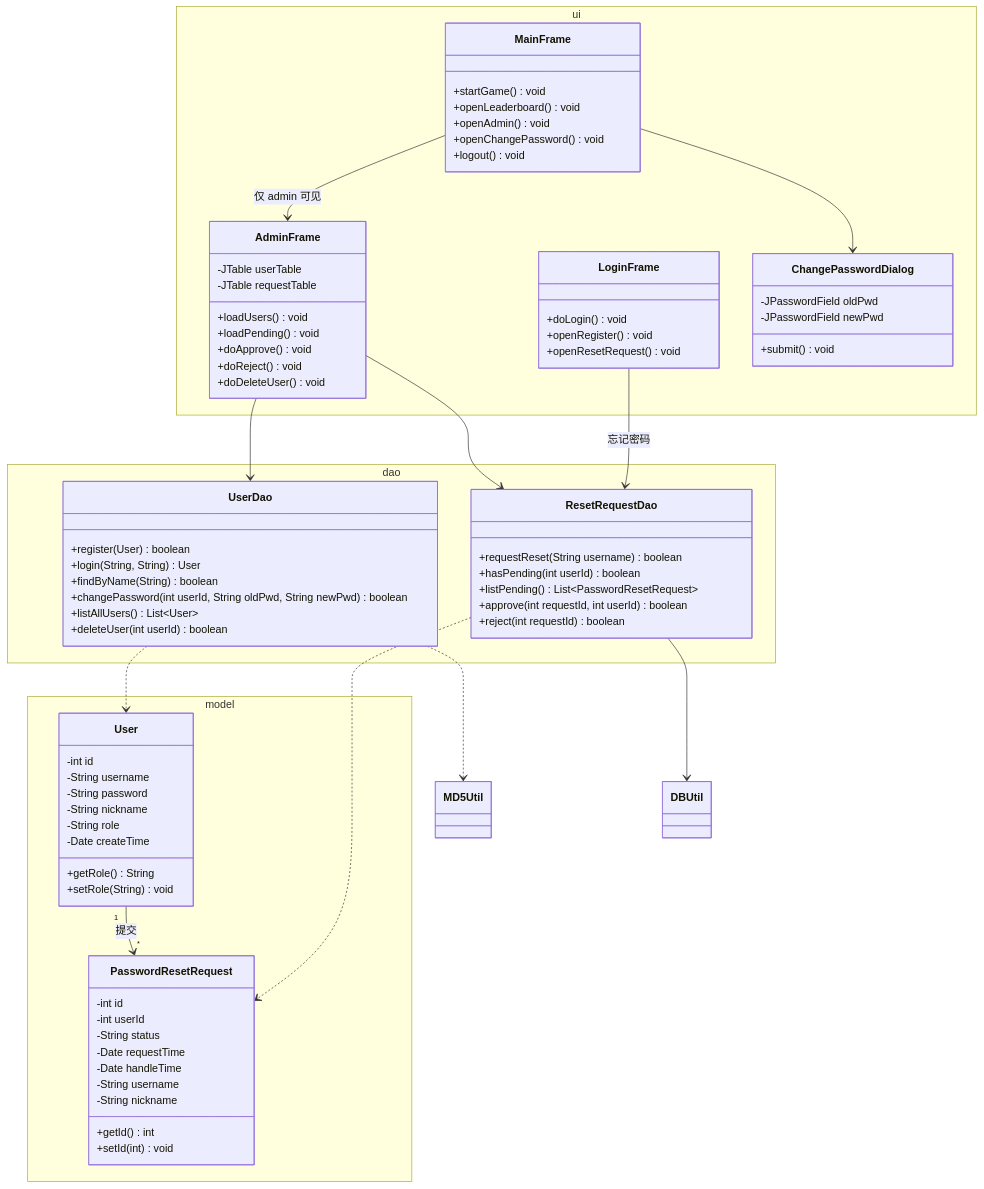
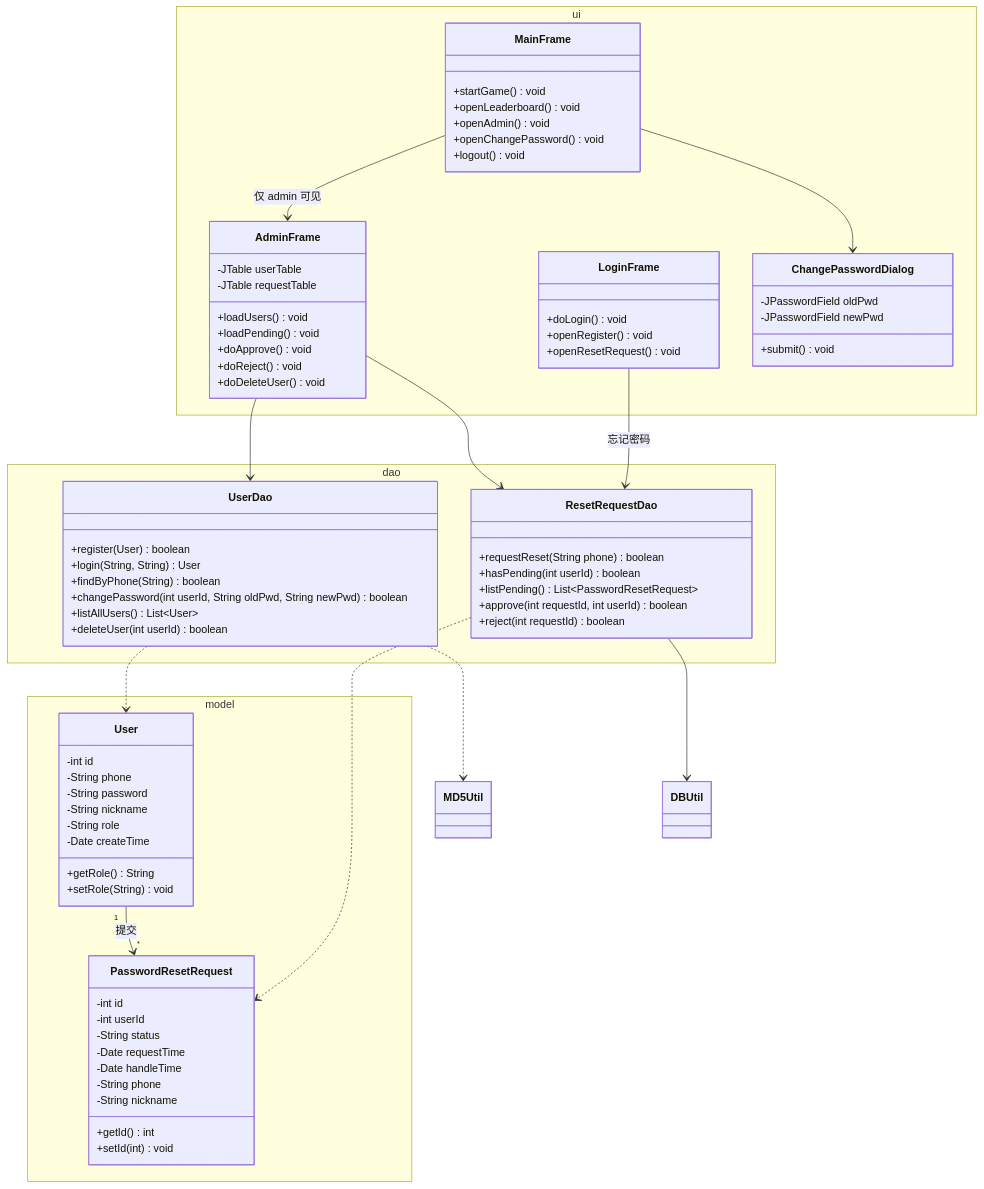
One commit to learnerCodeZ/javagame-zombie-shooter changed the ninth of 12 diagrams in docs/详细设计说明书.md. Above: the diagram before and after it, drawn with Mermaid. The commit also changed other lines of this file and 19 other files, not shown here.

Commit message:
登录标识改手机号: username→phone(11位数字,注册/登录/忘记密码校验+输入框限11位) + 迁移v1.3 + 文档/复盘同步

```diff
--- a/docs/详细设计说明书.md
+++ b/docs/详细设计说明书.md
@@ -450,7 +450,7 @@
     namespace model {
         class User {
             -int id
-            -String username
+            -String phone
             -String password
             -String nickname
             -String role
@@ -464,7 +464,7 @@
             -String status
             -Date requestTime
             -Date handleTime
-            -String username
+            -String phone
             -String nickname
             +getId() int
             +setId(int) void
@@ -475,13 +475,13 @@
         class UserDao {
             +register(User) boolean
             +login(String, String) User
-            +findByName(String) boolean
+            +findByPhone(String) boolean
             +changePassword(int userId, String oldPwd, String newPwd) boolean
             +listAllUsers() List~User~
             +deleteUser(int userId) boolean
         }
         class ResetRequestDao {
-            +requestReset(String username) boolean
+            +requestReset(String phone) boolean
             +hasPending(int userId) boolean
             +listPending() List~PasswordResetRequest~
             +approve(int requestId, int userId) boolean
```
